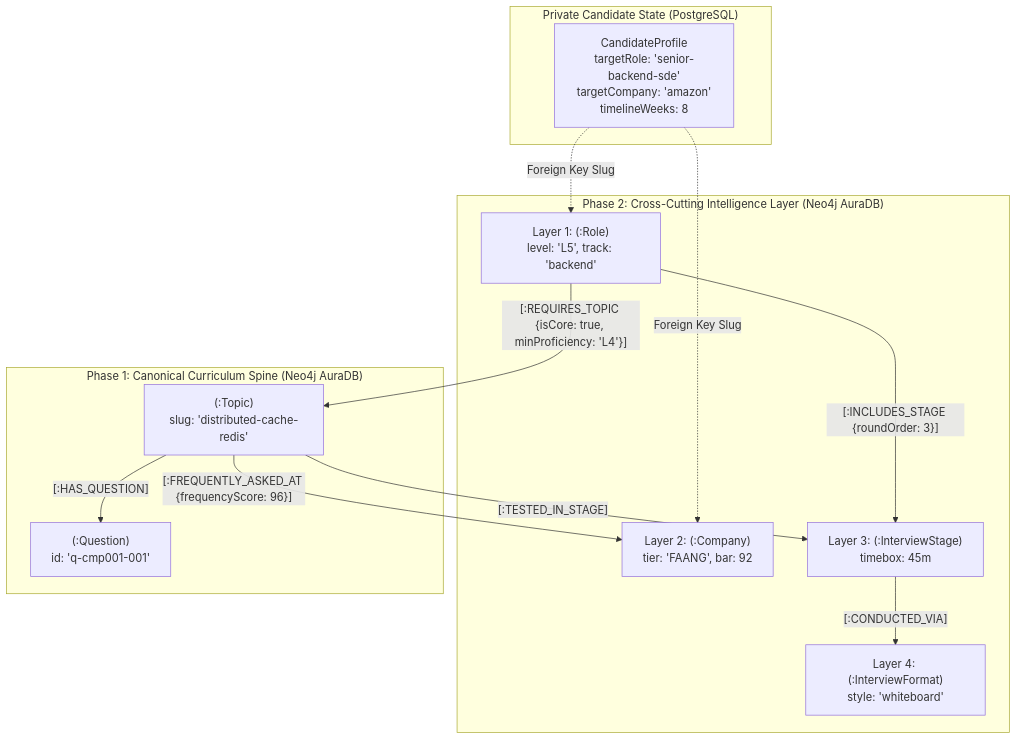
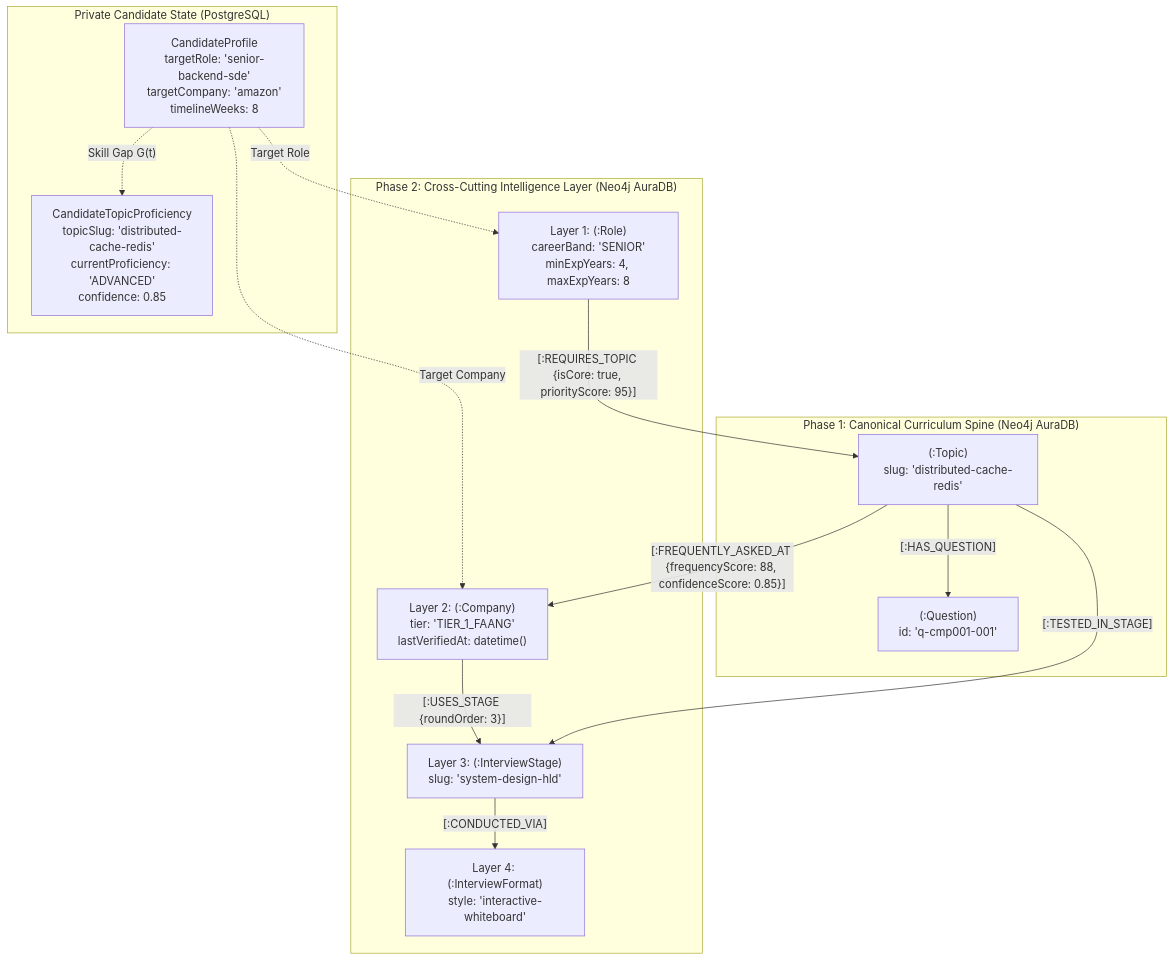
The first of 4 diagrams in docs/CROSS_CUTTING_INTELLIGENCE_SPEC.md (imsauravsingh/prepinminutes-backend), drawn with Mermaid before and after one commit. The commit also changed other lines of this file and 1 other file, not shown here.

````diff
--- a/docs/CROSS_CUTTING_INTELLIGENCE_SPEC.md
+++ b/docs/CROSS_CUTTING_INTELLIGENCE_SPEC.md
@@ -21,28 +22,30 @@
 ```mermaid
 flowchart TD
   subgraph CANDIDATE_POSTGRES["Private Candidate State (PostgreSQL)"]
     CP["CandidateProfile<br/>targetRole: 'senior-backend-sde'<br/>targetCompany: 'amazon'<br/>timelineWeeks: 8"]
+    PROF["CandidateTopicProficiency<br/>topicSlug: 'distributed-cache-redis'<br/>currentProficiency: 'ADVANCED'<br/>confidence: 0.85"]
   end
 
   subgraph GRAPH_INTELLIGENCE["Phase 2: Cross-Cutting Intelligence Layer (Neo4j AuraDB)"]
-    R["Layer 1: (:Role)<br/>level: 'L5', track: 'backend'"]
-    C["Layer 2: (:Company)<br/>tier: 'FAANG', bar: 92"]
-    S["Layer 3: (:InterviewStage)<br/>timebox: 45m"]
-    F["Layer 4: (:InterviewFormat)<br/>style: 'whiteboard'"]
+    R["Layer 1: (:Role)<br/>careerBand: 'SENIOR'<br/>minExpYears: 4, maxExpYears: 8"]
+    C["Layer 2: (:Company)<br/>tier: 'TIER_1_FAANG'<br/>lastVerifiedAt: datetime()"]
+    S["Layer 3: (:InterviewStage)<br/>slug: 'system-design-hld'"]
+    F["Layer 4: (:InterviewFormat)<br/>style: 'interactive-whiteboard'"]
   end
 
   subgraph CANONICAL_DOMAINS["Phase 1: Canonical Curriculum Spine (Neo4j AuraDB)"]
     T["(:Topic)<br/>slug: 'distributed-cache-redis'"]
     Q["(:Question)<br/>id: 'q-cmp001-001'"]
   end
 
-  CP -.->|"Foreign Key Slug"| R
-  CP -.->|"Foreign Key Slug"| C
+  CP -.->|"Target Role"| R
+  CP -.->|"Target Company"| C
+  CP -.->|"Skill Gap G(t)"| PROF
   
-  R -->|"[:REQUIRES_TOPIC {isCore: true, minProficiency: 'L4'}]"| T
-  T -->|"[:FREQUENTLY_ASKED_AT {frequencyScore: 96}]"| C
-  R -->|"[:INCLUDES_STAGE {roundOrder: 3}]"| S
+  R -->|"[:REQUIRES_TOPIC {isCore: true, priorityScore: 95}]"| T
+  T -->|"[:FREQUENTLY_ASKED_AT {frequencyScore: 88, confidenceScore: 0.85}]"| C
+  C -->|"[:USES_STAGE {roundOrder: 3}]"| S
   S -->|"[:CONDUCTED_VIA]"| F
   T -->|"[:TESTED_IN_STAGE]"| S
   T -->|"[:HAS_QUESTION]"| Q
 ```
````
